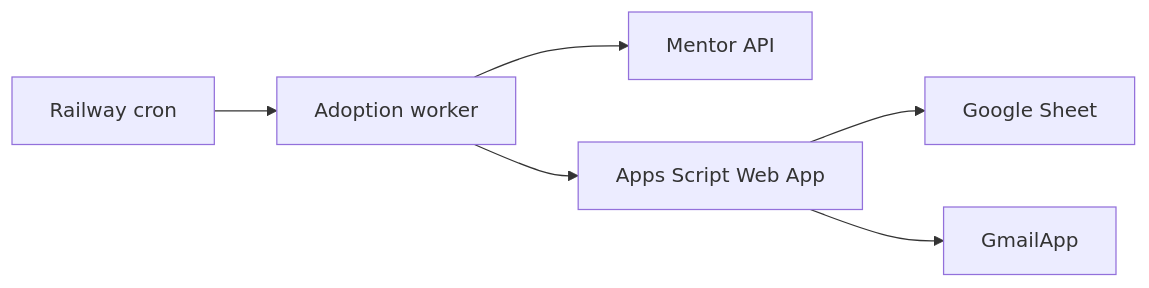
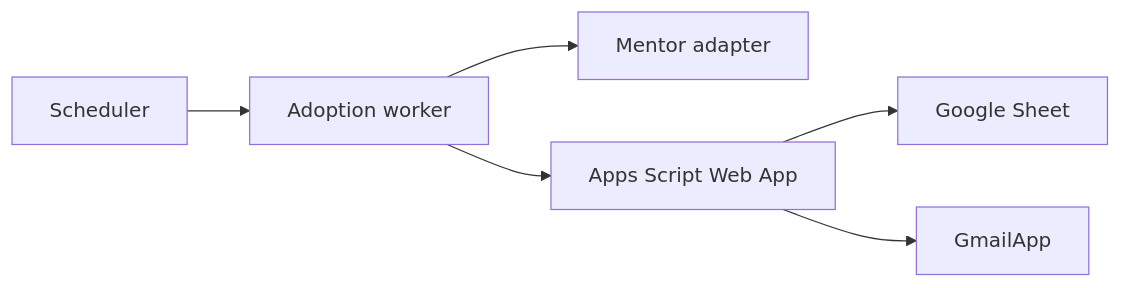
Before and after one commit to erenbg1/ementor-daily-adoption-automation: the diagram in docs/production-deployment.md, drawn with Mermaid. The commit also changed other lines of this file and 30 other files, not shown here.

````diff
--- a/docs/production-deployment.md
+++ b/docs/production-deployment.md
@@ -9,8 +7,8 @@
 ```mermaid
 flowchart LR
-  Cron["Railway cron"] --> Worker["Adoption worker"]
-  Worker --> Mentor["Mentor API"]
+  Cron["Scheduler"] --> Worker["Adoption worker"]
+  Worker --> Provider["Mentor adapter"]
   Worker --> AppsScript["Apps Script Web App"]
   AppsScript --> Sheet["Google Sheet"]
   AppsScript --> Gmail["GmailApp"]
 ```
````
